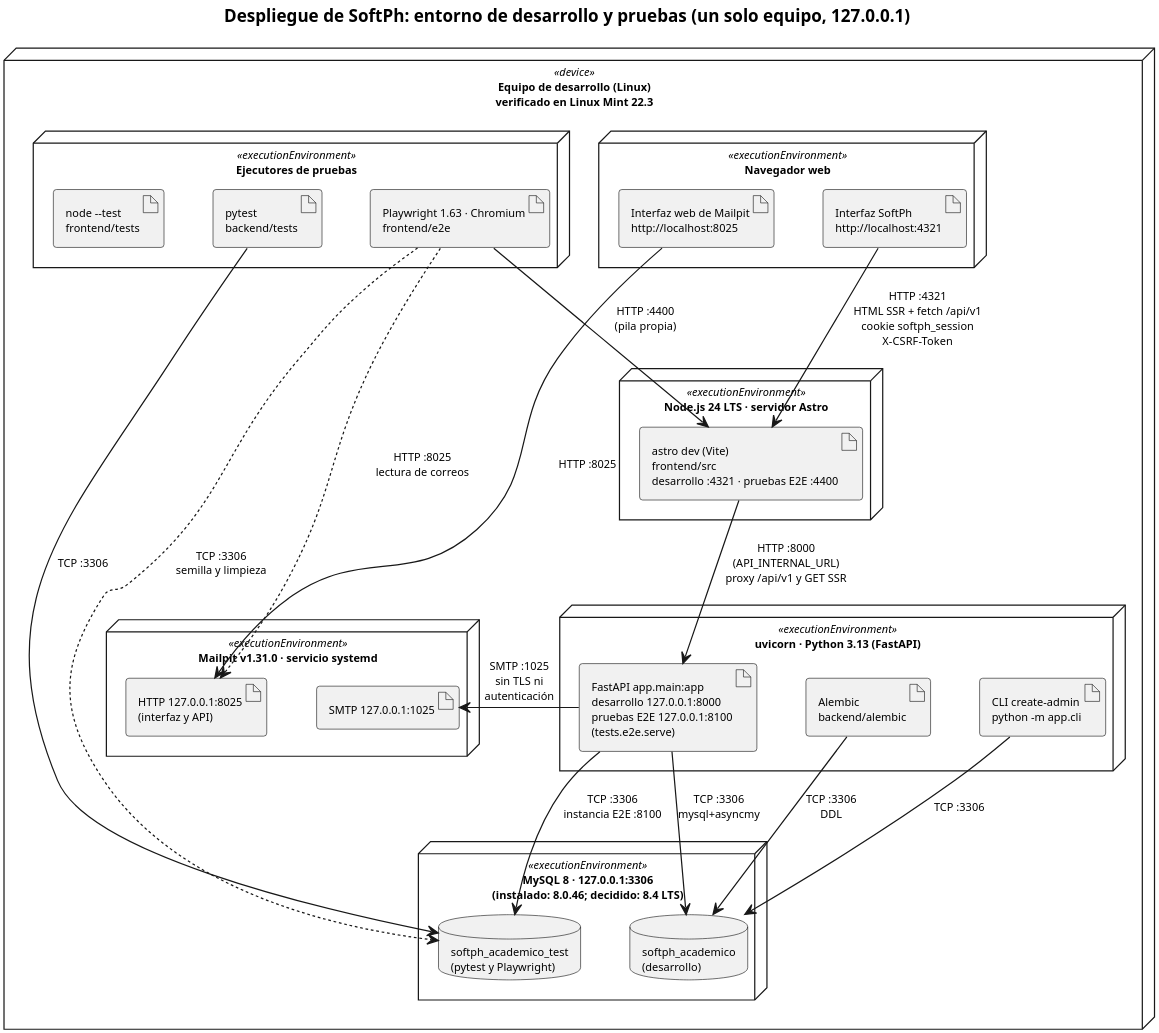
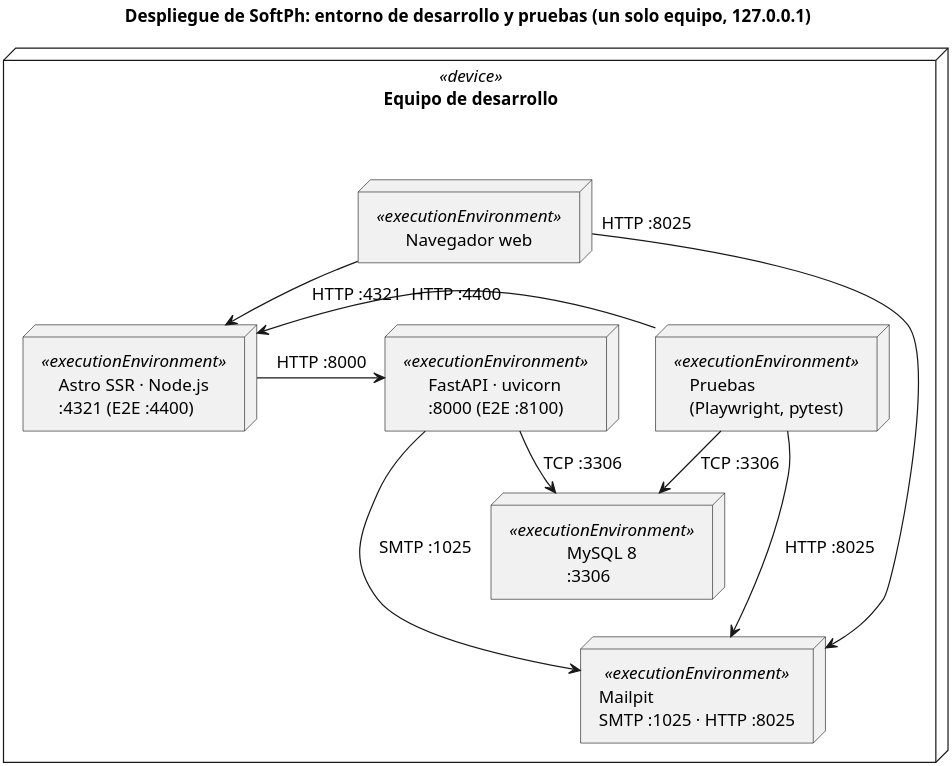
Before and after one commit to yilberDev/SoftPh-Academico: the diagram in docs/entrega-objetivos/arquitectura/despliegue.puml, drawn with PlantUML. The commit also changed 64 other files, not shown here.

First line of the commit message:
docs(diagrams): regenerate report diagrams in black and white

```diff
--- a/docs/entrega-objetivos/arquitectura/despliegue.puml
+++ b/docs/entrega-objetivos/arquitectura/despliegue.puml
@@ -1,64 +1,44 @@
 @startuml
-' Diagrama de despliegue UML del entorno de desarrollo y pruebas de SoftPh.
-' Un único dispositivo (el equipo de desarrollo) contiene todos los entornos de ejecución.
-' Puertos y protocolos tomados de: .env.example (API_INTERNAL_URL, APP_ORIGIN, SMTP_*, DB_*),
-' README.md (uvicorn --host 127.0.0.1 --port 8000; Astro en 4321), frontend/playwright.config.ts
-' (8100 y 4400), backend/tests/e2e/serve.py y /etc/systemd/system/mailpit.service.
-' El repositorio no contiene configuración de producción (proxy inverso, contenedores ni SMTP real).
+' Diagrama de despliegue UML del entorno de desarrollo y pruebas de SoftPh (Figura 10 del informe).
+' Un único dispositivo (el equipo de desarrollo) contiene seis entornos de ejecución; cada uno lleva
+' solo el nombre del componente y su puerto, y cada relación su protocolo y puerto. Los detalles
+' (artefactos, rutas, variables, comandos) están en la sección 9.1 del informe.
+' Disposición fija, sin cruces: navegador arriba; Astro y FastAPI en el medio; MySQL y Mailpit abajo
+' (Mailpit un nivel más abajo, para que las dos líneas que llegan a él no crucen las de MySQL); los
+' ejecutores de pruebas a la derecha. Los enlaces ocultos solo fijan esa disposición.
+' Puertos tomados de .env.example, README.md, frontend/playwright.config.ts (4400 y 8100),
+' backend/tests/e2e/serve.py y /etc/systemd/system/mailpit.service. Sin configuración de producción.
 skinparam dpi 300
+skinparam monochrome true
+skinparam backgroundColor white
 skinparam shadowing false
 skinparam defaultFontName Helvetica
-skinparam defaultFontSize 9
-skinparam nodesep 40
-skinparam ranksep 55
+skinparam defaultFontSize 14
+skinparam nodesep 30
+skinparam ranksep 30
 top to bottom direction
 
 title Despliegue de SoftPh: entorno de desarrollo y pruebas (un solo equipo, 127.0.0.1)
 
-node "Equipo de desarrollo (Linux)\nverificado en Linux Mint 22.3" <<device>> as host {
-
-  node "Navegador web" <<executionEnvironment>> as browser {
-    artifact "Interfaz SoftPh\nhttp://localhost:4321" as ui
-    artifact "Interfaz web de Mailpit\nhttp://localhost:8025" as mailui
-  }
-
-  node "Ejecutores de pruebas" <<executionEnvironment>> as runners {
-    artifact "pytest\nbackend/tests" as pytest
-    artifact "Playwright 1.63 · Chromium\nfrontend/e2e" as playwright
-    artifact "node --test\nfrontend/tests" as nodetest
-  }
-
-  node "Node.js 24 LTS · servidor Astro" <<executionEnvironment>> as astro {
-    artifact "astro dev (Vite)\nfrontend/src\ndesarrollo :4321 · pruebas E2E :4400" as astroapp
-  }
-
-  node "uvicorn · Python 3.13 (FastAPI)" <<executionEnvironment>> as uvicorn {
-    artifact "FastAPI app.main:app\ndesarrollo 127.0.0.1:8000\npruebas E2E 127.0.0.1:8100\n(tests.e2e.serve)" as api
-    artifact "Alembic\nbackend/alembic" as alembic
-    artifact "CLI create-admin\npython -m app.cli" as cli
-  }
-
-  node "MySQL 8 · 127.0.0.1:3306\n(instalado: 8.0.46; decidido: 8.4 LTS)" <<executionEnvironment>> as mysql {
-    database "softph_academico\n(desarrollo)" as devdb
-    database "softph_academico_test\n(pytest y Playwright)" as testdb
-  }
-
-  node "Mailpit v1.31.0 · servicio systemd" <<executionEnvironment>> as mailpit {
-    artifact "SMTP 127.0.0.1:1025" as smtp
-    artifact "HTTP 127.0.0.1:8025\n(interfaz y API)" as mailhttp
-  }
+node "Equipo de desarrollo" <<device>> as host {
+  node "Navegador web" <<executionEnvironment>> as browser
+  node "Astro SSR · Node.js\n:4321 (E2E :4400)" <<executionEnvironment>> as astro
+  node "FastAPI · uvicorn\n:8000 (E2E :8100)" <<executionEnvironment>> as uvicorn
+  node "Pruebas\n(Playwright, pytest)" <<executionEnvironment>> as runners
+  node "MySQL 8\n:3306" <<executionEnvironment>> as mysql
+  node "Mailpit\nSMTP :1025 · HTTP :8025" <<executionEnvironment>> as mailpit
 }
 
-ui --> astroapp : "HTTP :4321\nHTML SSR + fetch /api/v1\ncookie softph_session\nX-CSRF-Token"
-playwright --> astroapp : "HTTP :4400\n(pila propia)"
-astroapp --> api : "HTTP :8000\n(API_INTERNAL_URL)\nproxy /api/v1 y GET SSR"
-api -right-> smtp : "SMTP :1025\nsin TLS ni\nautenticación"
-mailui --> mailhttp : "HTTP :8025"
-playwright ..> mailhttp : "HTTP :8025\nlectura de correos"
-api --> devdb : "TCP :3306\nmysql+asyncmy"
-api --> testdb : "TCP :3306\ninstancia E2E :8100"
-alembic --> devdb : "TCP :3306\nDDL"
-cli --> devdb : "TCP :3306"
-pytest --> testdb : "TCP :3306"
-playwright ..> testdb : "TCP :3306\nsemilla y limpieza"
+browser -down-> astro : "HTTP :4321"
+astro -right-> uvicorn : "HTTP :8000"
+runners -left-> astro : "HTTP :4400"
+runners -down-> mysql : "TCP :3306"
+runners -down-> mailpit : "HTTP :8025"
+uvicorn -down-> mysql : "TCP :3306"
+uvicorn -down-> mailpit : "SMTP :1025"
+' Etiqueta en el extremo del navegador: en el centro de la curva quedaba sobre el borde del «device»
+' (PlantUML calcula el tamaño del nodo sin contar las etiquetas de las relaciones).
+browser "HTTP :8025" -down-> mailpit
+uvicorn -[hidden]right-> runners
+mysql -[hidden]down-> mailpit
 @enduml
```
